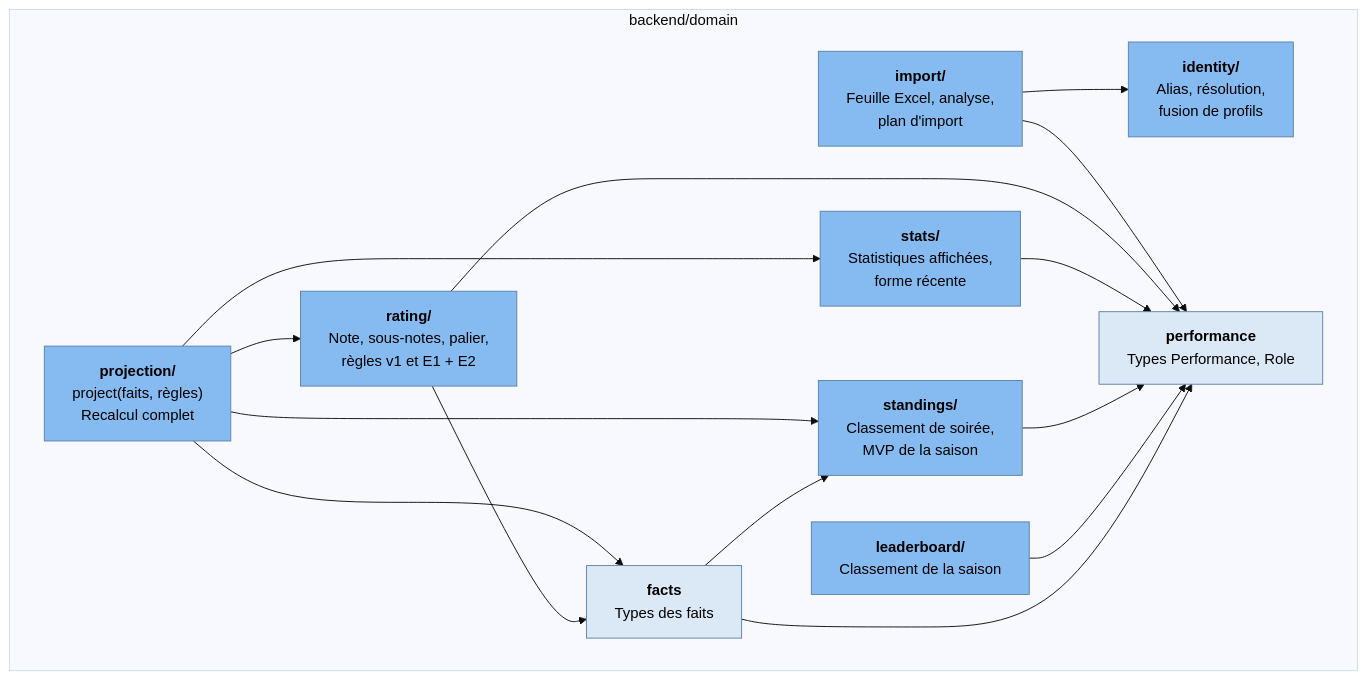
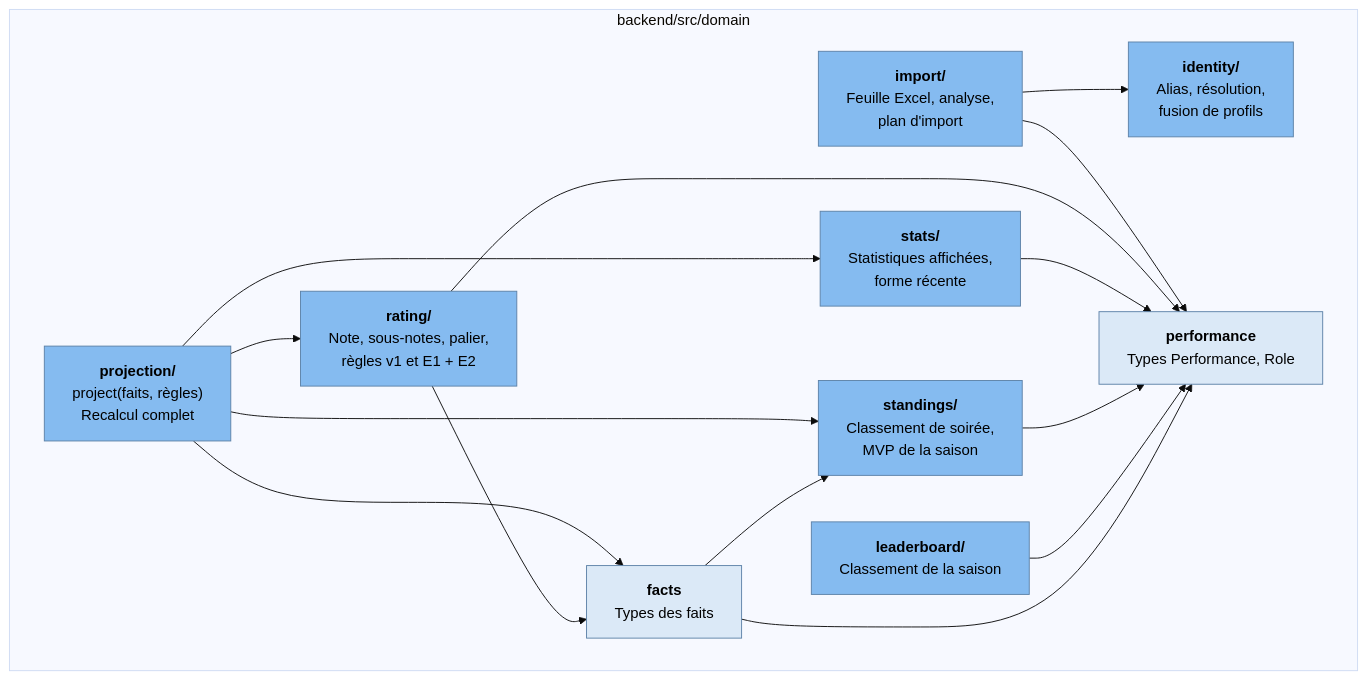
One commit to Charkx/Arrakard changed the third of 5 diagrams in docs/architecture/c4.md. Above: the diagram before and after it, drawn with Mermaid (base theme). The commit also changed other lines of this file and 150 other files, not shown here.

````diff
--- a/docs/architecture/c4.md
+++ b/docs/architecture/c4.md
@@ -93,31 +93,31 @@
 ```mermaid
 flowchart TB
   classDef component fill:#85bbf0,stroke:#5d82a8,color:#000
   classDef shared fill:#dbe9f7,stroke:#5d82a8,color:#000
 
-  subgraph domain["backend/domain"]
+  subgraph domain["backend/src/domain"]
     projection["<b>projection/</b><br/>project(faits, règles)<br/>Recalcul complet"]:::component
     import["<b>import/</b><br/>Feuille Excel, analyse,<br/>plan d'import"]:::component
     rating["<b>rating/</b><br/>Note, sous-notes, palier,<br/>règles v1 et E1 + E2"]:::component
     stats["<b>stats/</b><br/>Statistiques affichées,<br/>forme récente"]:::component
     standings["<b>standings/</b><br/>Classement de soirée,<br/>MVP de la saison"]:::component
     leaderboard["<b>leaderboard/</b><br/>Classement de la saison"]:::component
     identity["<b>identity/</b><br/>Alias, résolution,<br/>fusion de profils"]:::component
     facts["<b>facts</b><br/>Types des faits"]:::shared
     performance["<b>performance</b><br/>Types Performance, Role"]:::shared
   end
 
   projection --> rating
   projection --> stats
   projection --> standings
   projection --> facts
   import --> identity
   import --> performance
   rating --> facts
   rating --> performance
   stats --> performance
   standings --> performance
   leaderboard --> performance
   facts --> standings
   facts --> performance
 ```
````
